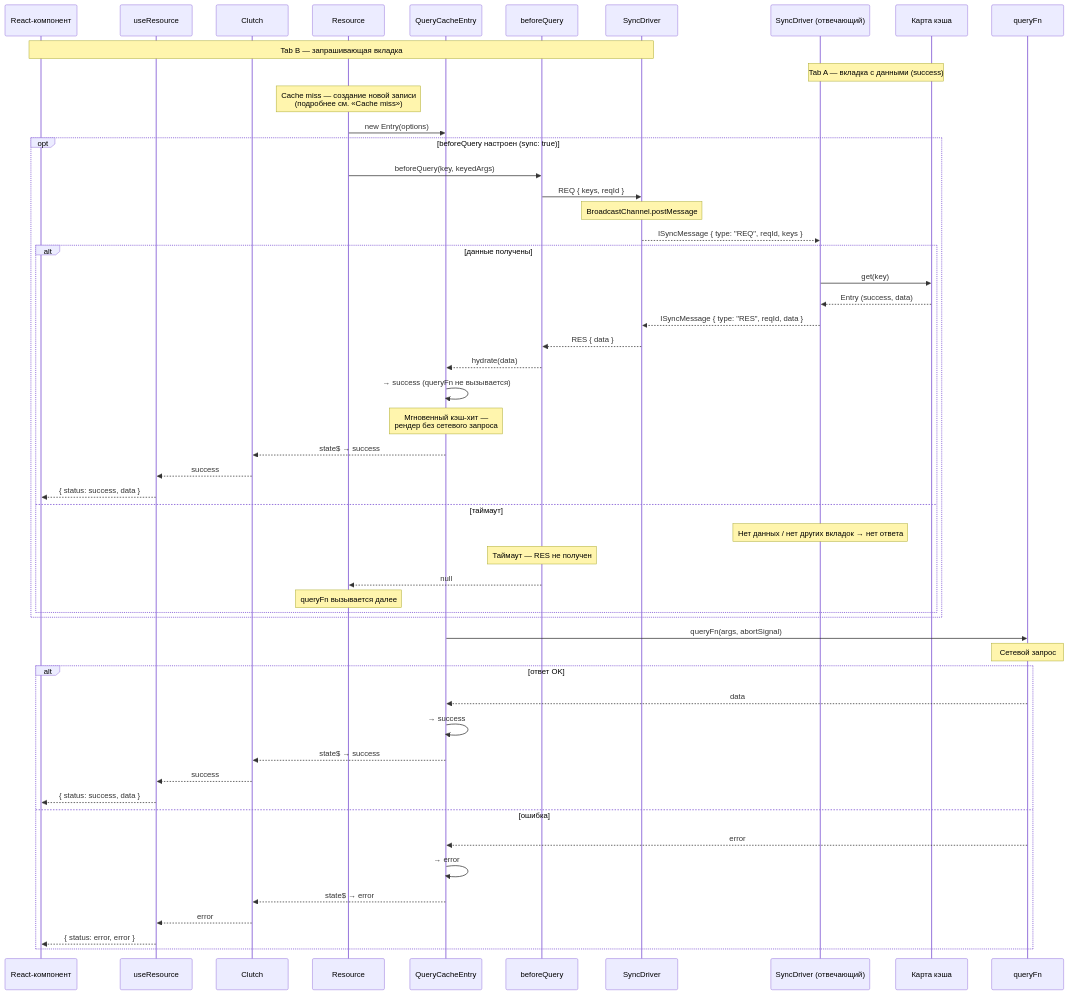
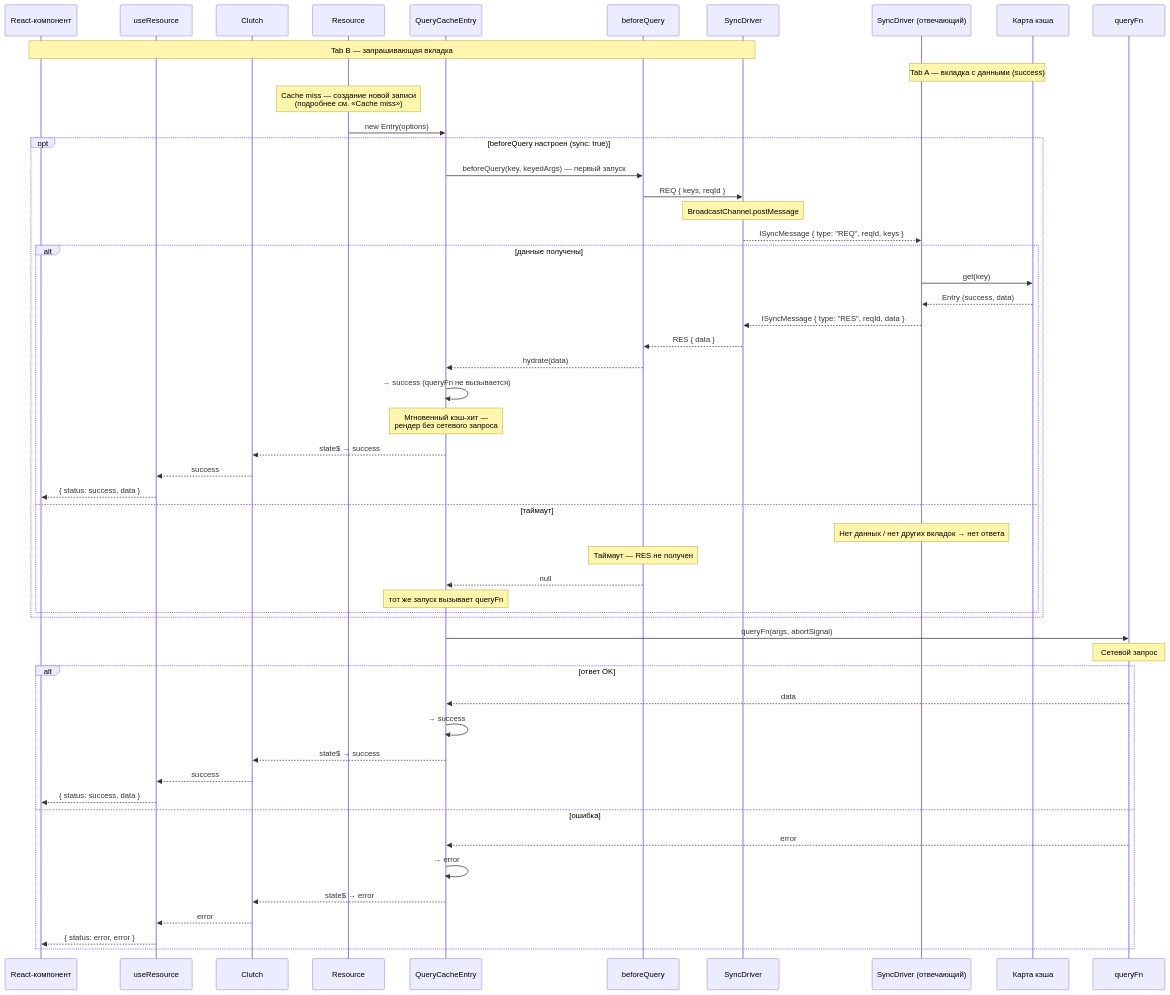
Diagram 11 of 11 in docs/query/concepts/dataflows.md (fozy-labs/rx-toolkit), drawn with Mermaid before and after one commit. The commit also changed other lines of this file and 56 other files, not shown here.

````diff
--- a/docs/query/concepts/dataflows.md
+++ b/docs/query/concepts/dataflows.md
@@ -397,61 +449,61 @@
 ```mermaid
 sequenceDiagram
     participant UI as React-компонент
     participant Hook as useResource
     participant Clutch as Clutch
     participant Res as Resource
     participant Entry as QueryCacheEntry
     participant BQ as beforeQuery
     participant Sync as SyncDriver
     participant Sync2 as SyncDriver (отвечающий)
     participant Cache2 as Карта кэша
     participant Query as queryFn
 
     Note over UI, Sync: Tab B — запрашивающая вкладка
     Note over Sync2, Cache2: Tab A — вкладка с данными (success)
 
     Note over Res: Cache miss — создание новой записи<br/>(подробнее см. «Cache miss»)
     Res->>Entry: new Entry(options)
 
     opt beforeQuery настроен (sync: true)
-        Res->>BQ: beforeQuery(key, keyedArgs)
+        Entry->>BQ: beforeQuery(key, keyedArgs) — первый запуск
         BQ->>Sync: REQ { keys, reqId }
         Note over Sync: BroadcastChannel.postMessage
         Sync-->>Sync2: ISyncMessage { type: "REQ", reqId, keys }
 
         alt данные получены
             Sync2->>Cache2: get(key)
             Cache2-->>Sync2: Entry (success, data)
             Sync2-->>Sync: ISyncMessage { type: "RES", reqId, data }
             Sync-->>BQ: RES { data }
             BQ-->>Entry: hydrate(data)
             Entry->>Entry: → success (queryFn не вызывается)
             Note over Entry: Мгновенный кэш-хит —<br/>рендер без сетевого запроса
             Entry-->>Clutch: state$ → success
             Clutch-->>Hook: success
             Hook-->>UI: { status: success, data }
         else таймаут
             Note over Sync2: Нет данных / нет других вкладок → нет ответа
             Note over BQ: Таймаут — RES не получен
-            BQ-->>Res: null
-            Note over Res: queryFn вызывается далее
+            BQ-->>Entry: null
+            Note over Entry: тот же запуск вызывает queryFn
         end
     end
 
     Entry->>Query: queryFn(args, abortSignal)
     Note over Query: Сетевой запрос
 
     alt ответ OK
         Query-->>Entry: data
         Entry->>Entry: → success
         Entry-->>Clutch: state$ → success
         Clutch-->>Hook: success
         Hook-->>UI: { status: success, data }
     else ошибка
         Query-->>Entry: error
         Entry->>Entry: → error
         Entry-->>Clutch: state$ → error
         Clutch-->>Hook: error
         Hook-->>UI: { status: error, error }
     end
 ```
````
